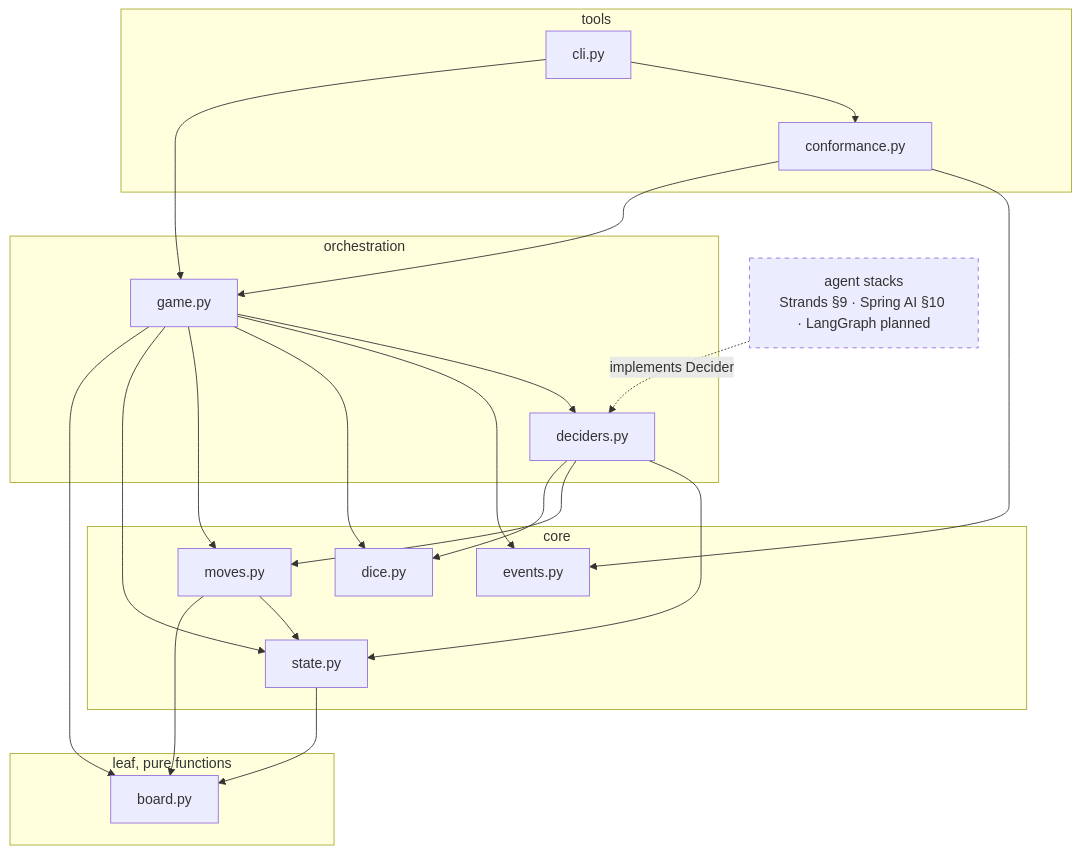
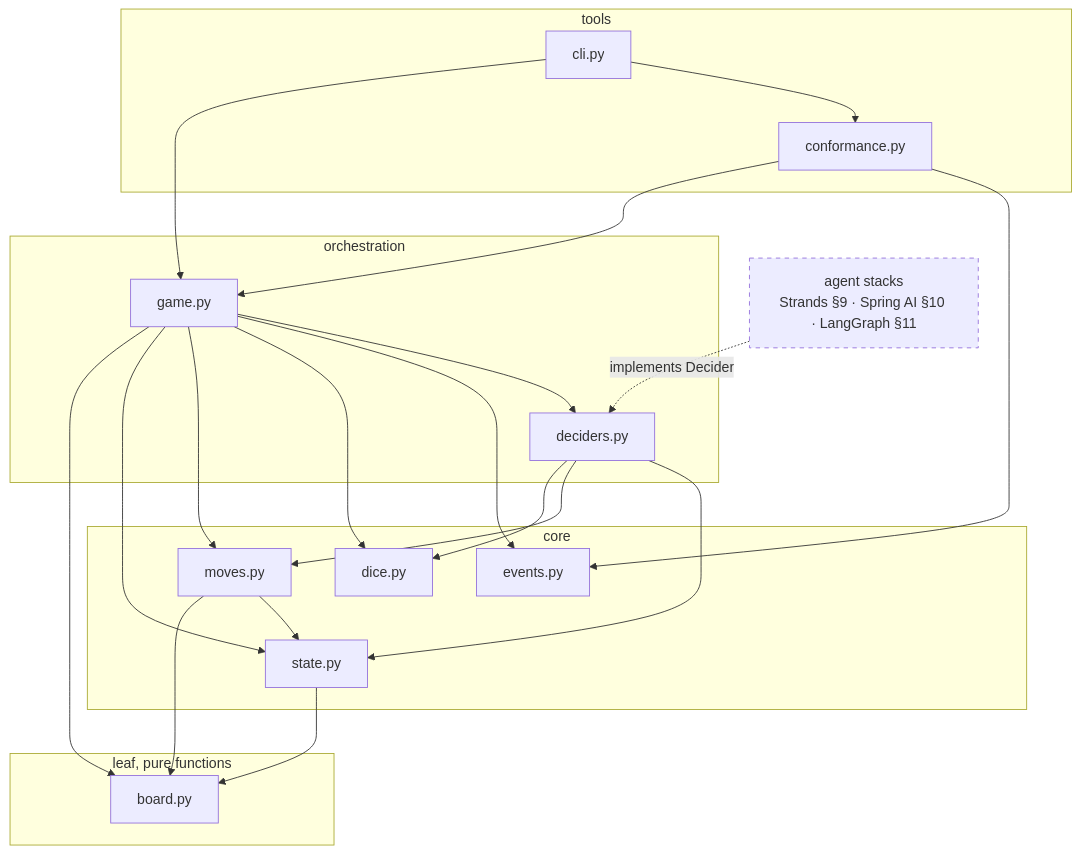
The fifth of 24 diagrams in docs/projects/ludo/class-design.md (itamittech/llmeval), drawn with Mermaid before and after one commit. The commit also changed other lines of this file and 28 other files, not shown here.

````diff
--- a/docs/projects/ludo/class-design.md
+++ b/docs/projects/ludo/class-design.md
@@ -400,45 +402,45 @@
 ```mermaid
 flowchart TD
     subgraph leaf["leaf, pure functions"]
         board[board.py]
     end
 
     subgraph core["core"]
         state[state.py]
         moves[moves.py]
         dice[dice.py]
         events[events.py]
     end
 
     subgraph orch["orchestration"]
         deciders[deciders.py]
         game[game.py]
     end
 
     subgraph tools["tools"]
         conformance[conformance.py]
         cli[cli.py]
     end
 
-    outside["agent stacks<br/>Strands §9 · Spring AI §10 · LangGraph planned"]
+    outside["agent stacks<br/>Strands §9 · Spring AI §10 · LangGraph §11"]
 
     state --> board
     moves --> board
     moves --> state
     deciders --> dice
     deciders --> moves
     deciders --> state
     game --> board
     game --> state
     game --> moves
     game --> dice
     game --> events
     game --> deciders
     conformance --> game
     conformance --> events
     cli --> game
     cli --> conformance
     outside -.->|implements Decider| deciders
 
     style outside stroke-dasharray: 5 5
 ```
````
